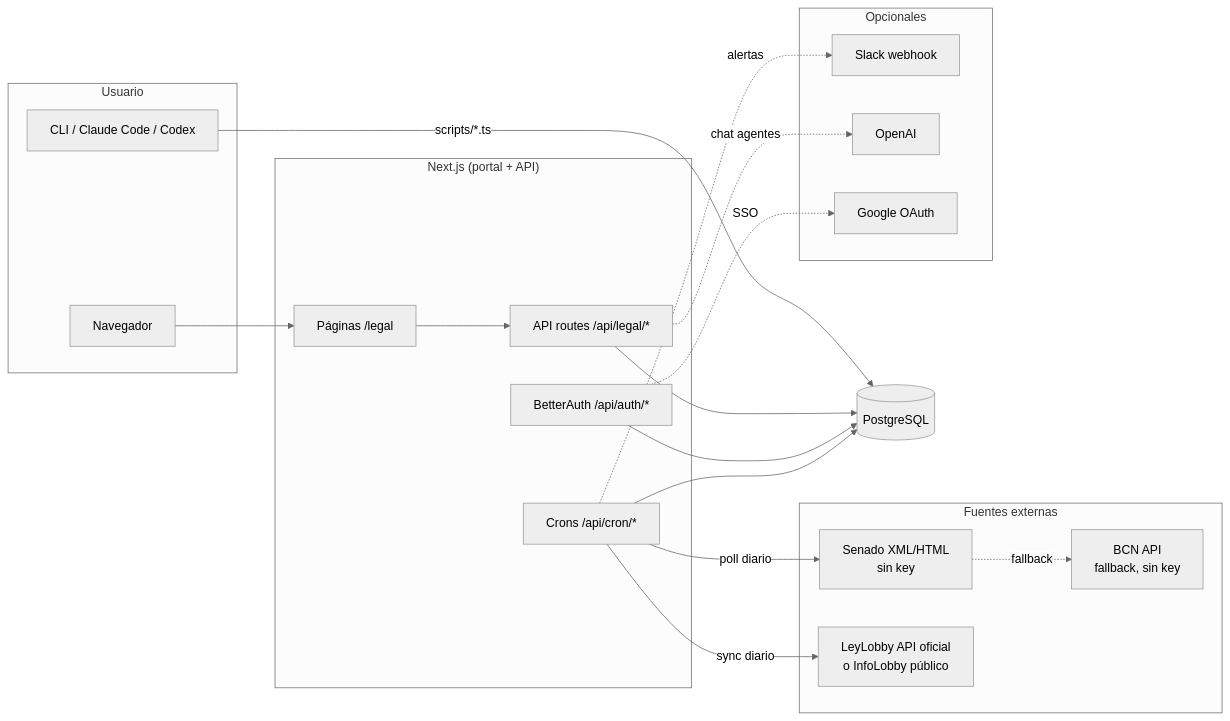
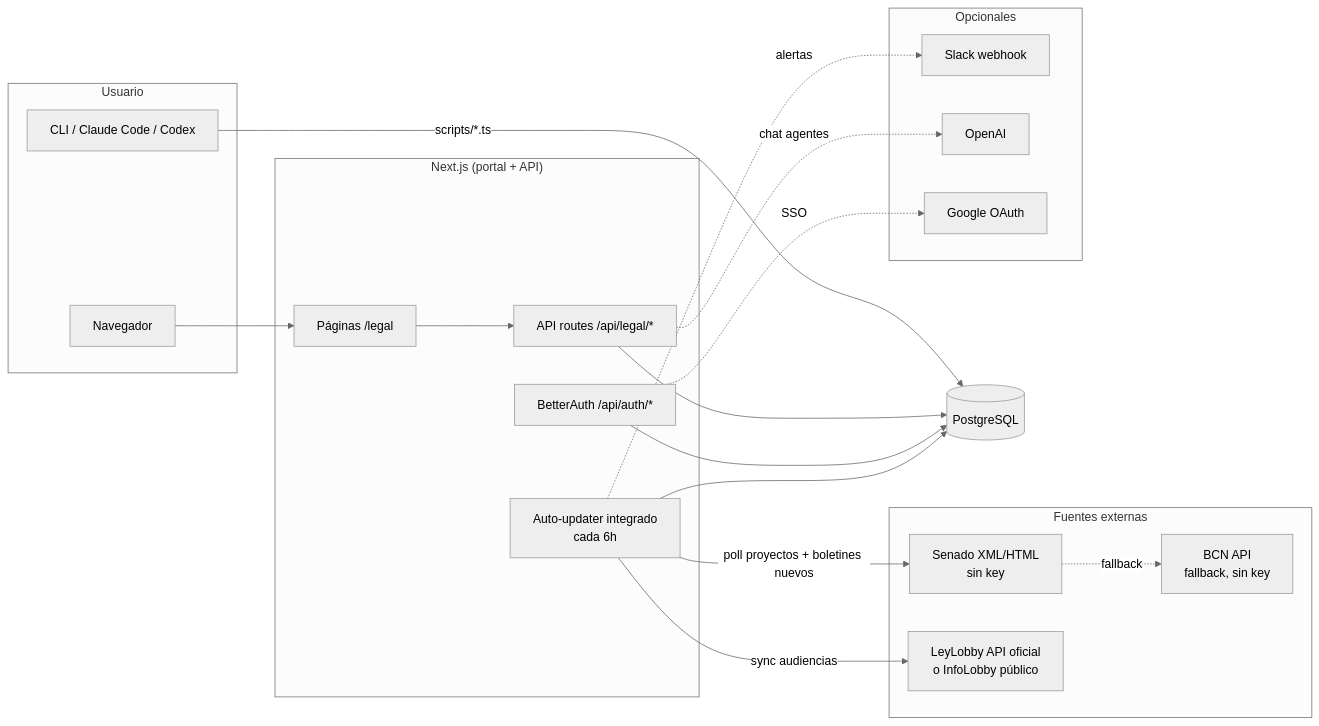
One commit to raimundo-hp67/Radar-legislativo changed the first of 2 diagrams in ARCHITECTURE.md. Above: the diagram before and after it, drawn with Mermaid (neutral theme). The commit also changed other lines of this file and 28 other files, not shown here.

````diff
--- a/ARCHITECTURE.md
+++ b/ARCHITECTURE.md
@@ -12,40 +12,40 @@
 ```mermaid
 flowchart LR
     subgraph Usuario
         B[Navegador]
         CLI[CLI / Claude Code / Codex]
     end
 
     subgraph App["Next.js (portal + API)"]
         UI[Páginas /legal]
         API[API routes /api/legal/*]
-        CRON[Crons /api/cron/*]
+        UPD[Auto-updater integrado<br/>cada 6h]
         AUTH[BetterAuth /api/auth/*]
     end
 
     DB[(PostgreSQL)]
 
     subgraph Externas["Fuentes externas"]
         SEN[Senado XML/HTML<br/>sin key]
         BCN[BCN API<br/>fallback, sin key]
         LOBBY[LeyLobby API oficial<br/>o InfoLobby público]
     end
 
     subgraph Opcionales
         SLACK[Slack webhook]
         OAI[OpenAI]
         GOOG[Google OAuth]
     end
 
     B --> UI --> API
     CLI -->|scripts/*.ts| DB
     API --> DB
     AUTH --> DB
     AUTH -.SSO.-> GOOG
-    CRON -->|poll diario| SEN
+    UPD -->|poll proyectos + boletines nuevos| SEN
     SEN -.fallback.-> BCN
-    CRON -->|sync diario| LOBBY
-    CRON --> DB
-    CRON -.alertas.-> SLACK
+    UPD -->|sync audiencias| LOBBY
+    UPD --> DB
+    UPD -.alertas.-> SLACK
     API -.chat agentes.-> OAI
 ```
````
